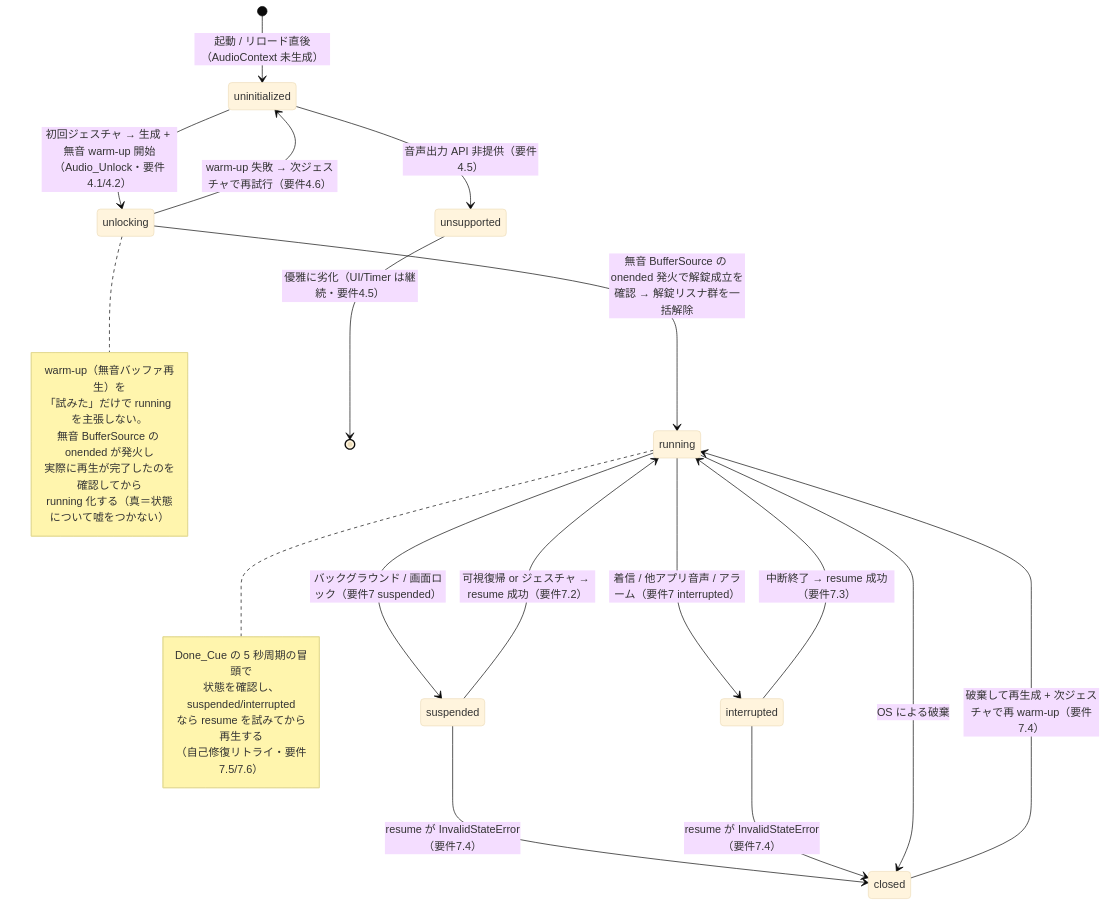
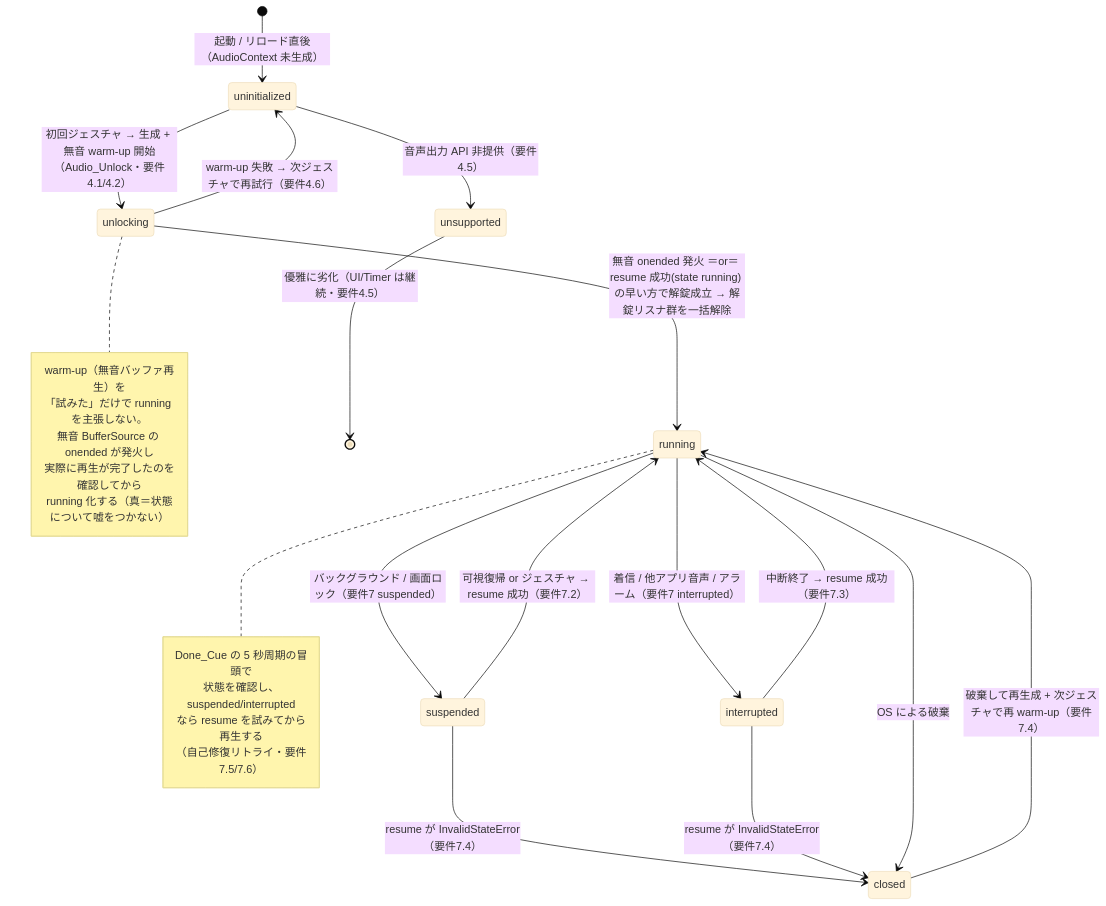
The third of 4 diagrams in .kiro/specs/audio-cues/design.md (mikomokaru/durable-yudemen), drawn with Mermaid (base theme) before and after one commit. The commit also changed other lines of this file and 1 other file, not shown here.

````diff
--- a/.kiro/specs/audio-cues/design.md
+++ b/.kiro/specs/audio-cues/design.md
@@ -132,37 +132,37 @@
 ```mermaid
 stateDiagram-v2
   [*] --> uninitialized: 起動 / リロード直後（AudioContext 未生成）
   uninitialized --> unlocking: 初回ジェスチャ → 生成 + 無音 warm-up 開始（Audio_Unlock・要件4.1/4.2）
-  unlocking --> running: 無音 BufferSource の onended 発火で解錠成立を確認 → 解錠リスナ群を一括解除
+  unlocking --> running: 無音 onended 発火 ＝or＝ resume 成功(state running) の早い方で解錠成立 → 解錠リスナ群を一括解除
   unlocking --> uninitialized: warm-up 失敗 → 次ジェスチャで再試行（要件4.6）
   uninitialized --> unsupported: 音声出力 API 非提供（要件4.5）
 
   running --> suspended: バックグラウンド / 画面ロック（要件7 suspended）
   running --> interrupted: 着信 / 他アプリ音声 / アラーム（要件7 interrupted）
 
   suspended --> running: 可視復帰 or ジェスチャ → resume 成功（要件7.2）
   interrupted --> running: 中断終了 → resume 成功（要件7.3）
 
   suspended --> closed: resume が InvalidStateError（要件7.4）
   interrupted --> closed: resume が InvalidStateError（要件7.4）
   running --> closed: OS による破棄
 
   closed --> running: 破棄して再生成 + 次ジェスチャで再 warm-up（要件7.4）
 
   unsupported --> [*]: 優雅に劣化（UI/Timer は継続・要件4.5）
 
   note right of unlocking
     warm-up（無音バッファ再生）を
     「試みた」だけで running を主張しない。
     無音 BufferSource の onended が発火し
     実際に再生が完了したのを確認してから
     running 化する（真＝状態について嘘をつかない）
   end note
 
   note right of running
     Done_Cue の 5 秒周期の冒頭で
     状態を確認し、suspended/interrupted
     なら resume を試みてから再生する
     （自己修復リトライ・要件7.5/7.6）
   end note
 ```
````
